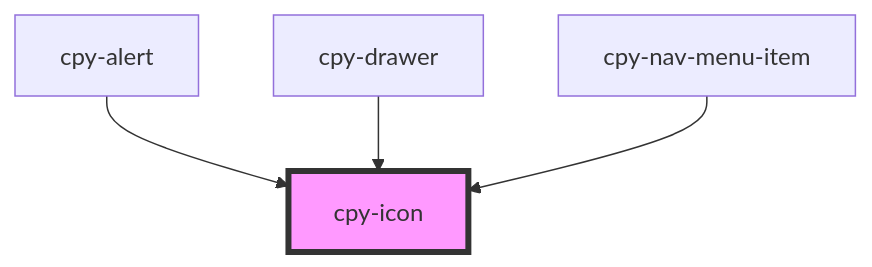
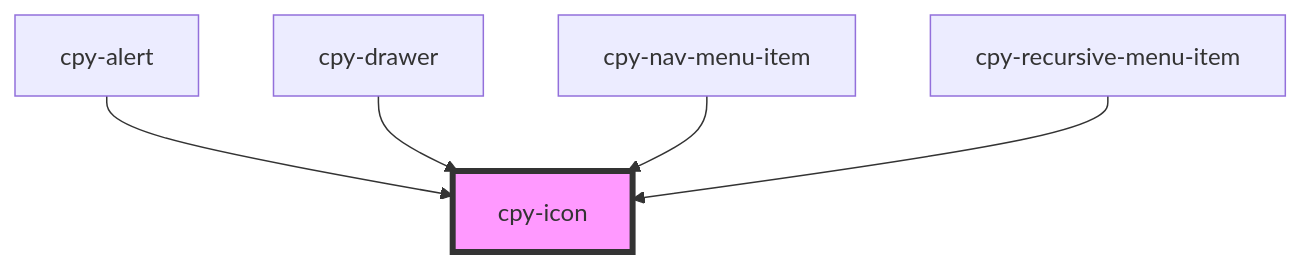
Before and after one commit to Lith1um/Canopy-Stencil: the diagram in stencil-lib/src/components/icon/readme.md, drawn with Mermaid. The commit also changed other lines of this file and 26 other files, not shown here.

Commit message:
adding avatar, menu and recursive-menu comps

````diff
--- a/stencil-lib/src/components/icon/readme.md
+++ b/stencil-lib/src/components/icon/readme.md
@@ -17,7 +18,8 @@
 ```mermaid
 graph TD;
   cpy-alert --> cpy-icon
   cpy-drawer --> cpy-icon
   cpy-nav-menu-item --> cpy-icon
+  cpy-recursive-menu-item --> cpy-icon
   style cpy-icon fill:#f9f,stroke:#333,stroke-width:4px
 ```
````
